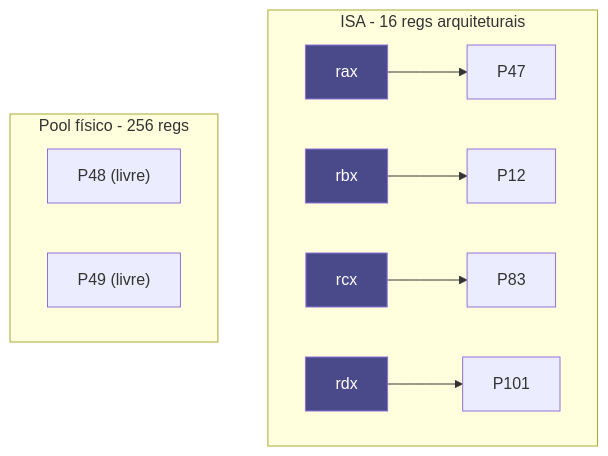
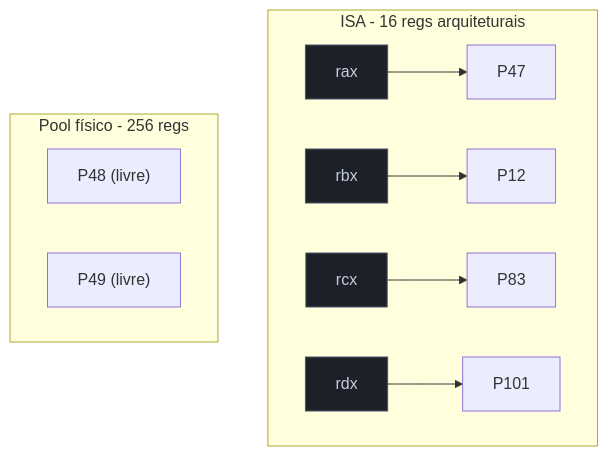
The third of 3 diagrams in 03-Dominios/Ciência/Organização de Computadores/13 - Execução fora de ordem e superescalar.md (josenaldo/codex-technomanticus), drawn with Mermaid before and after one commit. The commit also changed other lines of this file and 1181 other files, not shown here.

First line of the commit message:
fix(diagramas): paleta do sistema no lugar de cor cravada no markdown

````diff
--- a/03-Dominios/Ciência/Organização de Computadores/13 - Execução fora de ordem e superescalar.md
+++ b/03-Dominios/Ciência/Organização de Computadores/13 - Execução fora de ordem e superescalar.md
@@ -250,23 +254,24 @@
 ```mermaid
 flowchart TD
+    classDef neutro fill:#1B2029,stroke:#4E5666,color:#C6CCD8
     subgraph "ISA - 16 regs arquiteturais"
         A1["rax"] --> P3["P47"]
         A2["rbx"] --> P2["P12"]
         A3["rcx"] --> P1["P83"]
         A4["rdx"] --> P4["P101"]
     end
 
     subgraph "Pool físico - 256 regs"
         P1
         P2
         P3
         P4
         P5["P48 (livre)"]
         P6["P49 (livre)"]
     end
 
-    style A1 fill:#4a4a8a,color:#fff
-    style A2 fill:#4a4a8a,color:#fff
-    style A3 fill:#4a4a8a,color:#fff
-    style A4 fill:#4a4a8a,color:#fff
+    class A1 neutro
+    class A2 neutro
+    class A3 neutro
+    class A4 neutro
 ```
````
